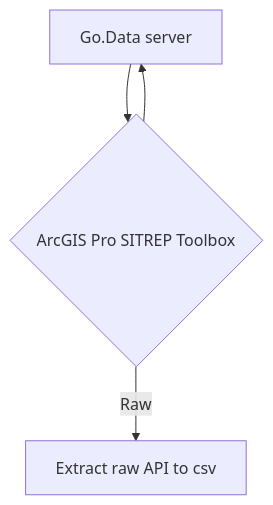
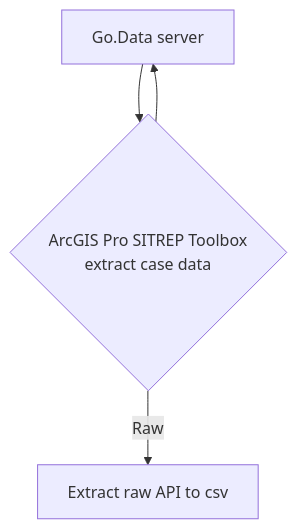
One commit to LangsterGA/mermaid changed the diagram in README.md. Above: the diagram before and after it, drawn with Mermaid.

````diff
--- a/README.md
+++ b/README.md
@@ -3,6 +3,6 @@
 ```mermaid
   graph TD
-    A[Go.Data server]--> B{ArcGIS Pro SITREP Toolbox};
+    A[Go.Data server]--> B{ArcGIS Pro SITREP Toolbox <br/> extract case data};
     B-->A
     B -->|Raw| C[Extract raw API to csv];
 ```
````
